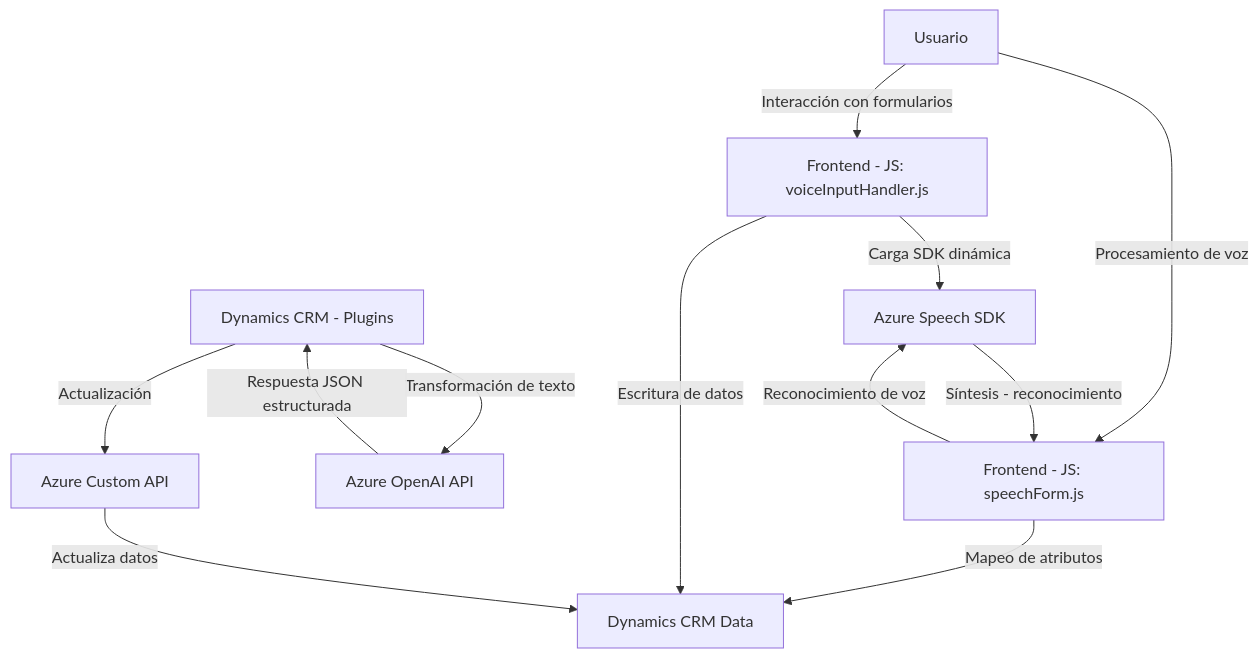
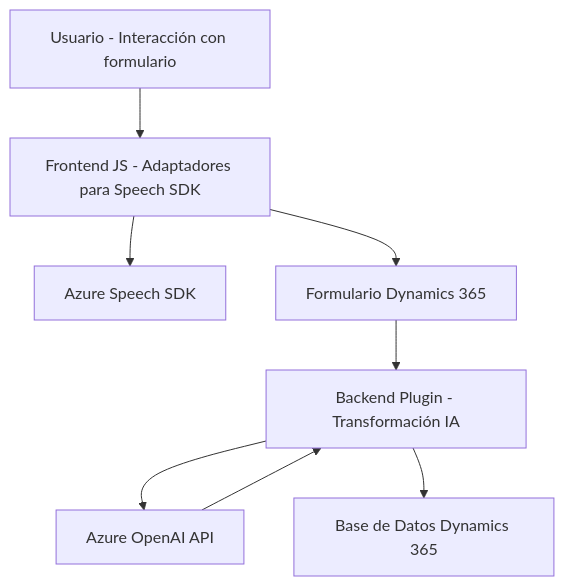
Before and after one commit to blopezdm/NETCORE_BILBAO2025: the diagram in README.md, drawn with Mermaid. The commit also changed other lines of this file, not shown here.

Commit message:
Actualizar análisis global de la solución con IA

````diff
--- a/README.md
+++ b/README.md
@@ -58,23 +52,18 @@
 ```mermaid
 graph TD
-  A["Usuario"]
-  B["Frontend - JS: voiceInputHandler.js"]
-  C["Frontend - JS: speechForm.js"]
-  D["Azure Speech SDK"]
-  E["Dynamics CRM - Plugins"]
+  A["Usuario - Interacción con formulario"]
+  B["Frontend JS - Adaptadores para Speech SDK"]
+  C["Azure Speech SDK"]
+  D["Formulario Dynamics 365"]
+  E["Backend Plugin - Transformación IA"]
   F["Azure OpenAI API"]
-  G["Dynamics CRM Data"]
-  H["Azure Custom API"]
+  G["Base de Datos Dynamics 365"]
 
-  A -->|Interacción con formularios| B
-  A -->|Procesamiento de voz| C
-  B -->|Carga SDK dinámica| D
-  C -->|Reconocimiento de voz| D
-  D -->|Síntesis - reconocimiento| C
-  C -->|Mapeo de atributos| G
-  B -->|Escritura de datos| G
-  E -->|Transformación de texto| F
-  F -->|"Respuesta JSON estructurada"| E
-  E -->|Actualización| H
-  H -->|Actualiza datos| G
+  A --> B
+  B --> C
+  B --> D
+  D --> E
+  E --> F
+  F --> E
+  E --> G
 ```
````
